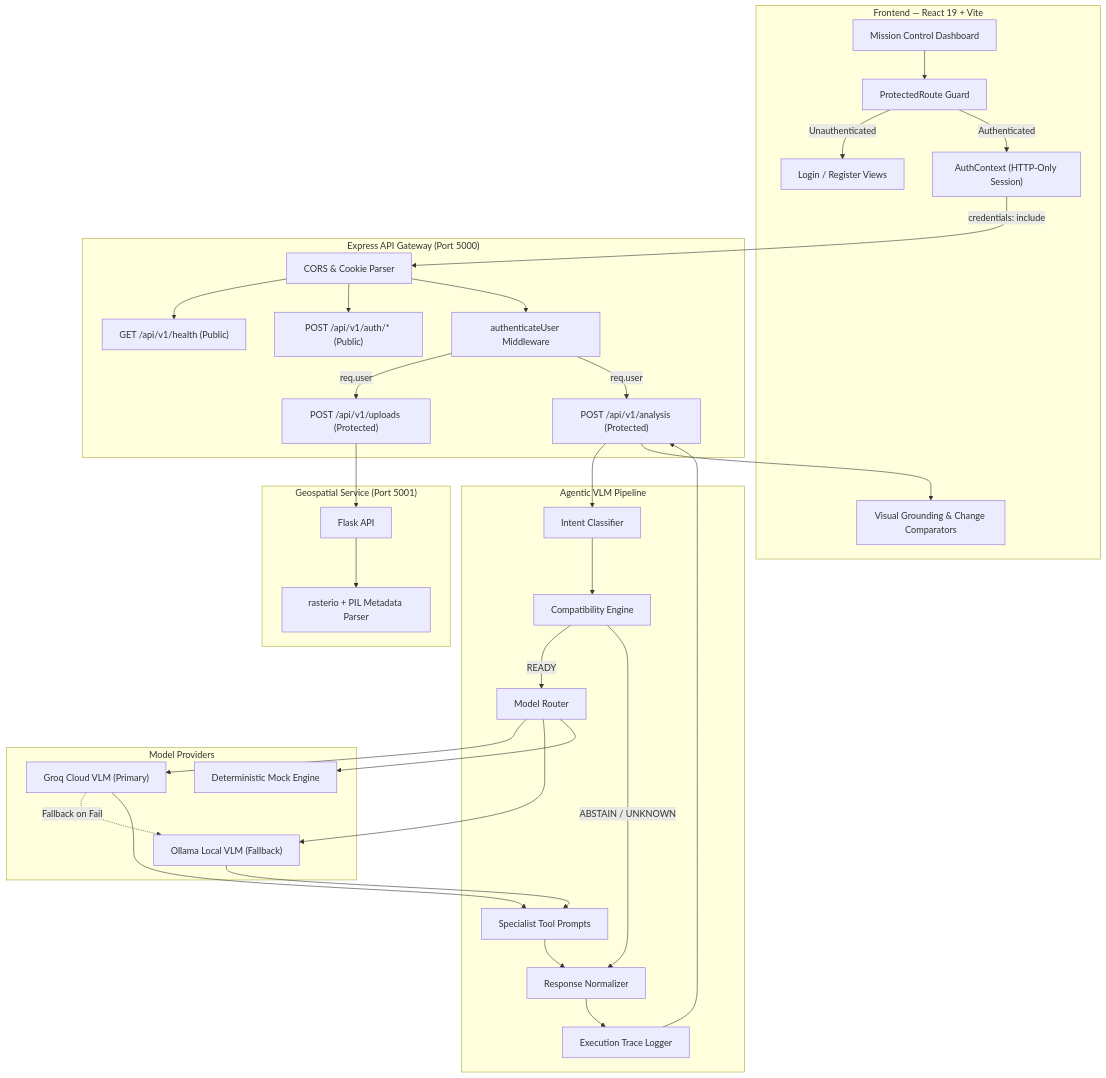
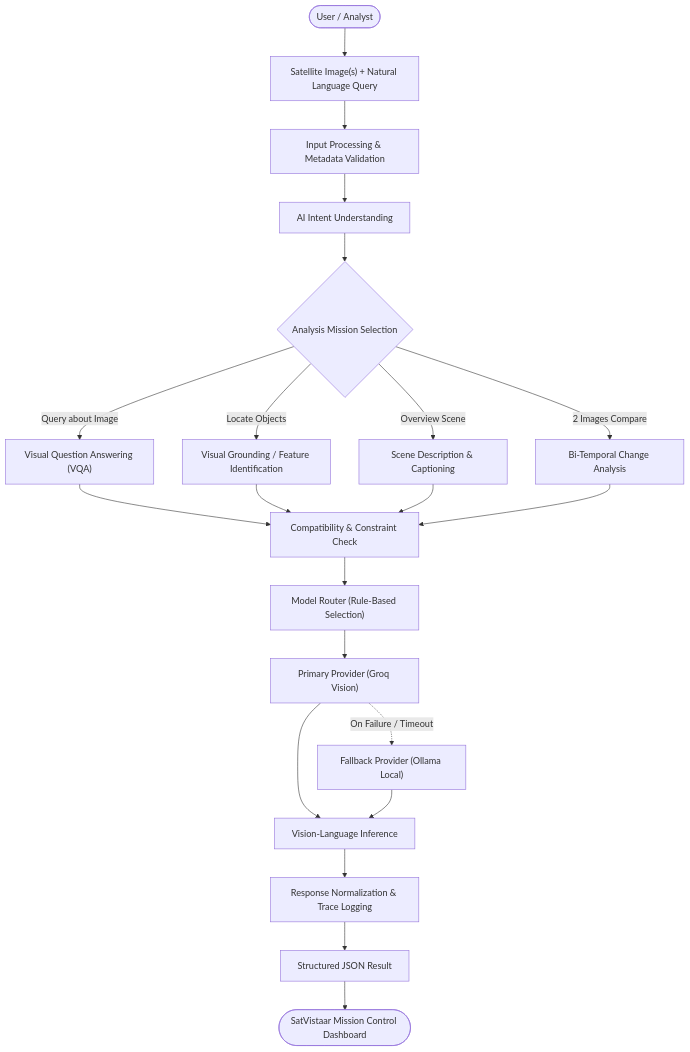
The first of 5 diagrams in README.md (KrxnTech/SatVistaar-SIH), drawn with Mermaid before and after one commit. The commit also changed other lines of this file, not shown here.

Commit message:
update(REAMDE.md - flow chart , project user flow explanation)

````diff
--- a/README.md
+++ b/README.md
@@ -66,71 +60,29 @@
 ```mermaid
 flowchart TD
-    subgraph Client ["Frontend — React 19 + Vite"]
-        UI["Mission Control Dashboard"]
-        AuthUI["Login / Register Views"]
-        AC["AuthContext (HTTP-Only Session)"]
-        PR["ProtectedRoute Guard"]
-        Viz["Visual Grounding & Change Comparators"]
-    end
+    User(["User / Analyst"]) --> Input["Satellite Image(s) + Natural Language Query"]
+    Input --> Preproc["Input Processing & Metadata Validation"]
+    Preproc --> Intent["AI Intent Understanding"]
+    
+    Intent --> Mission{"Analysis Mission Selection"}
+    Mission -->|Query about Image| VQA["Visual Question Answering (VQA)"]
+    Mission -->|Locate Objects| Ground["Visual Grounding / Feature Identification"]
+    Mission -->|Overview Scene| Caption["Scene Description & Captioning"]
+    Mission -->|2 Images Compare| Change["Bi-Temporal Change Analysis"]
 
-    subgraph Gateway ["Express API Gateway (Port 5000)"]
-        CORS["CORS & Cookie Parser"]
-        AuthMW["authenticateUser Middleware"]
-        HealthEP["GET /api/v1/health (Public)"]
-        AuthEP["POST /api/v1/auth/* (Public)"]
-        UploadEP["POST /api/v1/uploads (Protected)"]
-        AnalysisEP["POST /api/v1/analysis (Protected)"]
-    end
+    VQA --> Compat["Compatibility & Constraint Check"]
+    Ground --> Compat
+    Caption --> Compat
+    Change --> Compat
 
-    subgraph Preprocessing ["Geospatial Service (Port 5001)"]
-        PyFlask["Flask API"]
-        RasterEngine["rasterio + PIL Metadata Parser"]
-    end
+    Compat --> Router["Model Router (Rule-Based Selection)"]
+    
+    Router --> Primary["Primary Provider (Groq Vision)"]
+    Primary -.->|On Failure / Timeout| Fallback["Fallback Provider (Ollama Local)"]
 
-    subgraph AgentPipeline ["Agentic VLM Pipeline"]
-        Intent["Intent Classifier"]
-        Compat["Compatibility Engine"]
-        Router["Model Router"]
-        PromptBuilder["Specialist Tool Prompts"]
-        Normalizer["Response Normalizer"]
-        Trace["Execution Trace Logger"]
-    end
+    Primary --> VLM["Vision-Language Inference"]
+    Fallback --> VLM
 
-    subgraph VLMProviders ["Model Providers"]
-        Groq["Groq Cloud VLM (Primary)"]
-        Ollama["Ollama Local VLM (Fallback)"]
-        Mock["Deterministic Mock Engine"]
-    end
-
-    UI --> PR
-    PR -->|Unauthenticated| AuthUI
-    PR -->|Authenticated| AC
-    AC -->|credentials: include| CORS
-
-    CORS --> HealthEP
-    CORS --> AuthEP
-    CORS --> AuthMW
-
-    AuthMW -->|req.user| UploadEP
-    AuthMW -->|req.user| AnalysisEP
-
-    UploadEP --> PyFlask
-    PyFlask --> RasterEngine
-
-    AnalysisEP --> Intent
-    Intent --> Compat
-    Compat -->|READY| Router
-    Compat -->|ABSTAIN / UNKNOWN| Normalizer
-
-    Router --> Groq
-    Router --> Ollama
-    Router --> Mock
-    Groq -.->|Fallback on Fail| Ollama
-
-    Groq --> PromptBuilder
-    Ollama --> PromptBuilder
-    PromptBuilder --> Normalizer
-    Normalizer --> Trace
-    Trace --> AnalysisEP
-    AnalysisEP --> Viz
+    VLM --> Normalizer["Response Normalization & Trace Logging"]
+    Normalizer --> Result["Structured JSON Result"]
+    Result --> Dashboard(["SatVistaar Mission Control Dashboard"])
 ```
````
